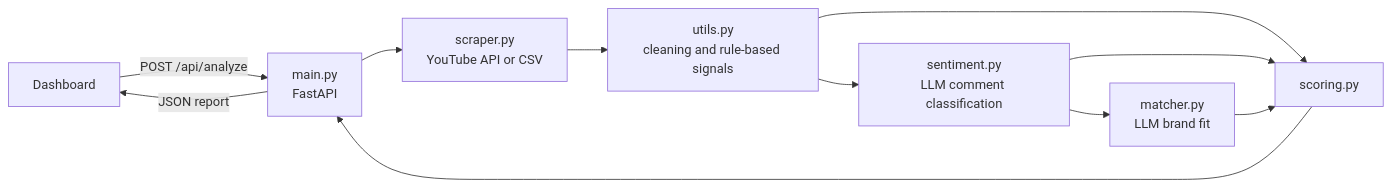
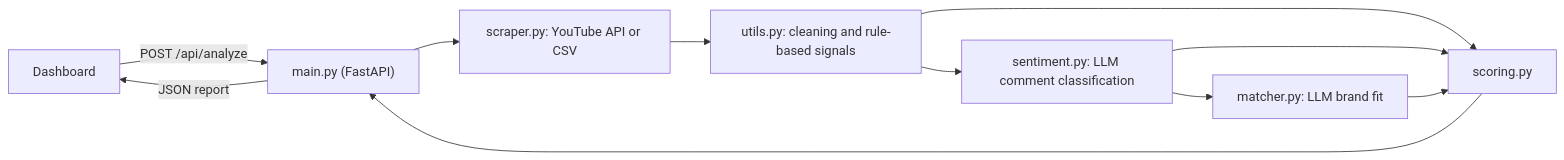
Before and after one commit to lelentandane/Influencer-sentiment-analyzer: the diagram in README.md, drawn with Mermaid. The commit also changed other lines of this file, not shown here.

````diff
--- a/README.md
+++ b/README.md
@@ -30,13 +46,13 @@
 ```mermaid
 flowchart LR
-    A[Dashboard] -->|POST /api/analyze| B[main.py<br/>FastAPI]
-    B --> C[scraper.py<br/>YouTube API or CSV]
-    C --> D[utils.py<br/>cleaning and rule-based signals]
-    D --> E[sentiment.py<br/>LLM comment classification]
-    E --> F[matcher.py<br/>LLM brand fit]
-    D --> G[scoring.py]
+    A["Dashboard"] -->|"POST /api/analyze"| B["main.py (FastAPI)"]
+    B --> C["scraper.py: YouTube API or CSV"]
+    C --> D["utils.py: cleaning and rule-based signals"]
+    D --> E["sentiment.py: LLM comment classification"]
+    E --> F["matcher.py: LLM brand fit"]
+    D --> G["scoring.py"]
     E --> G
     F --> G
     G --> B
-    B -->|JSON report| A
+    B -->|"JSON report"| A
 ```
````
